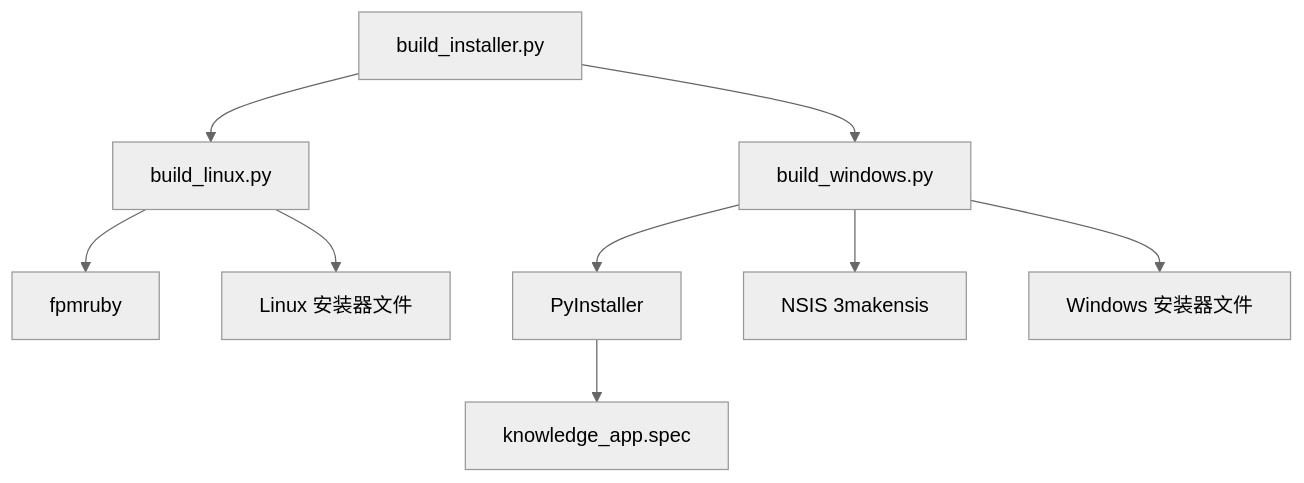
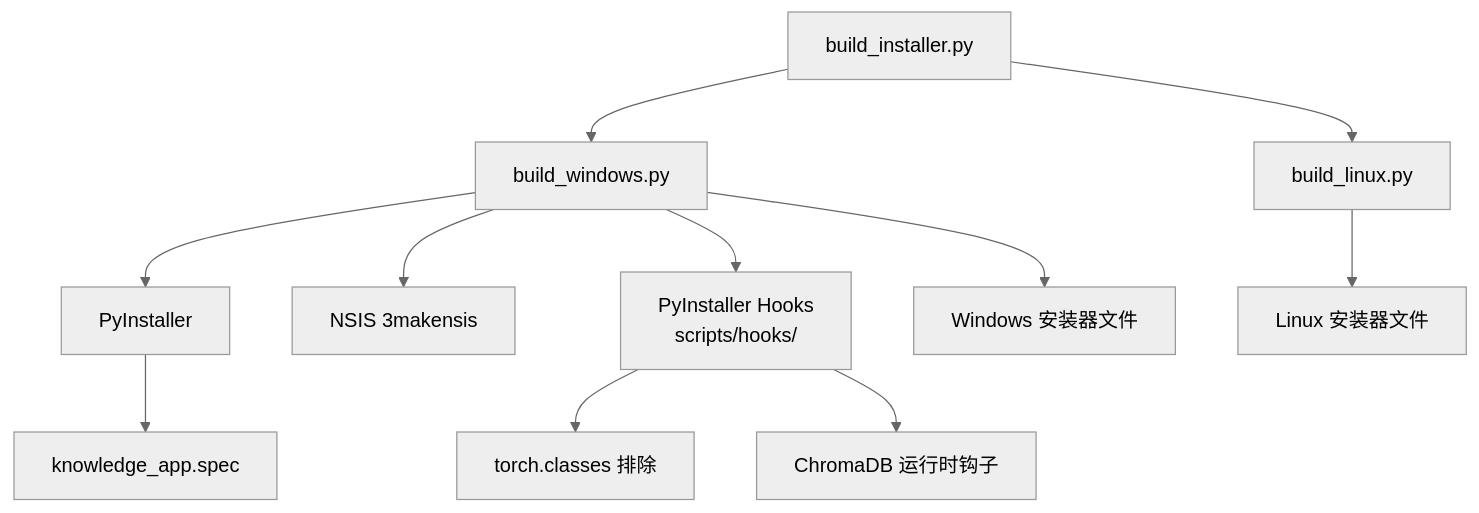
Before and after one commit to joyafa/knowledge: the fifth of 5 diagrams in .qoder/repowiki/zh/content/部署与运维/安装部署脚本/安装器构建工具.md, drawn with Mermaid (neutral theme). The commit also changed other lines of this file and 14 other files, not shown here.

````diff
--- a/.qoder/repowiki/zh/content/部署与运维/安装部署脚本/安装器构建工具.md
+++ b/.qoder/repowiki/zh/content/部署与运维/安装部署脚本/安装器构建工具.md
@@ -260,11 +316,13 @@
 ```mermaid
 graph TB
 BI["build_installer.py"] --> BL["build_linux.py"]
 BI --> BW["build_windows.py"]
 BW --> PYI["PyInstaller"]
 BW --> NSIS["NSIS 3makensis"]
-BL --> FPM["fpmruby"]
+BW --> HOOKS["PyInstaller Hooks<br/>scripts/hooks/"]
+HOOKS --> TORCH_CLASSES["torch.classes 排除"]
+HOOKS --> CHROMADB_RUNTIME["ChromaDB 运行时钩子"]
 PYI --> SPEC["knowledge_app.spec"]
 BW --> WINFILES["Windows 安装器文件"]
 BL --> LINUXFILES["Linux 安装器文件"]
 ```
````
